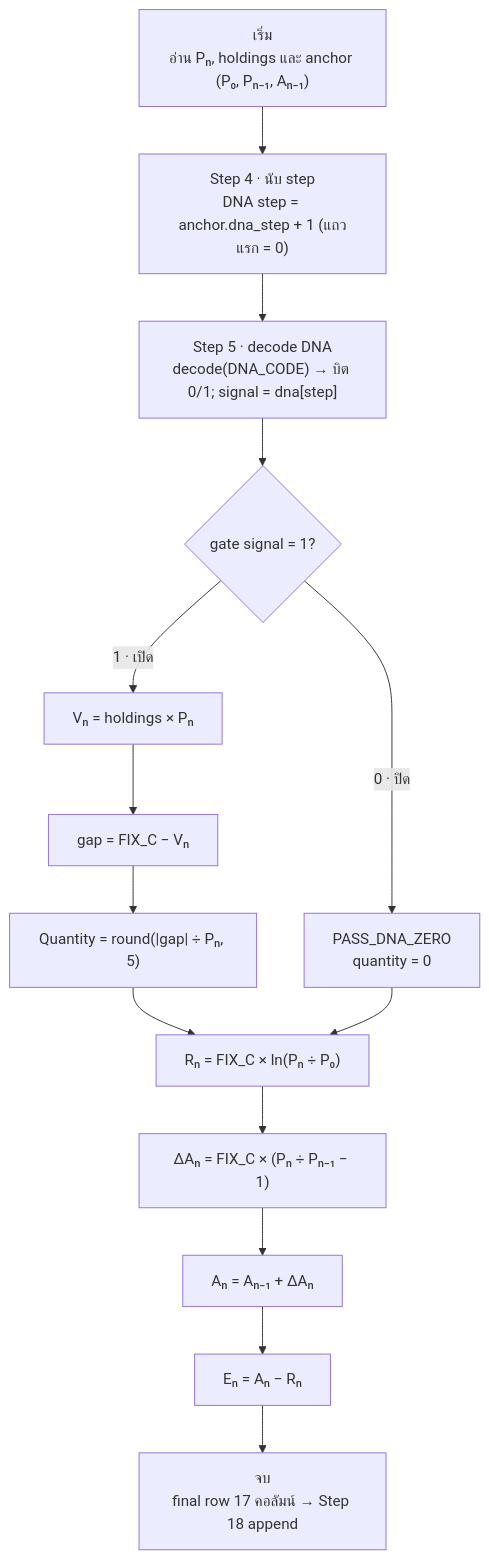
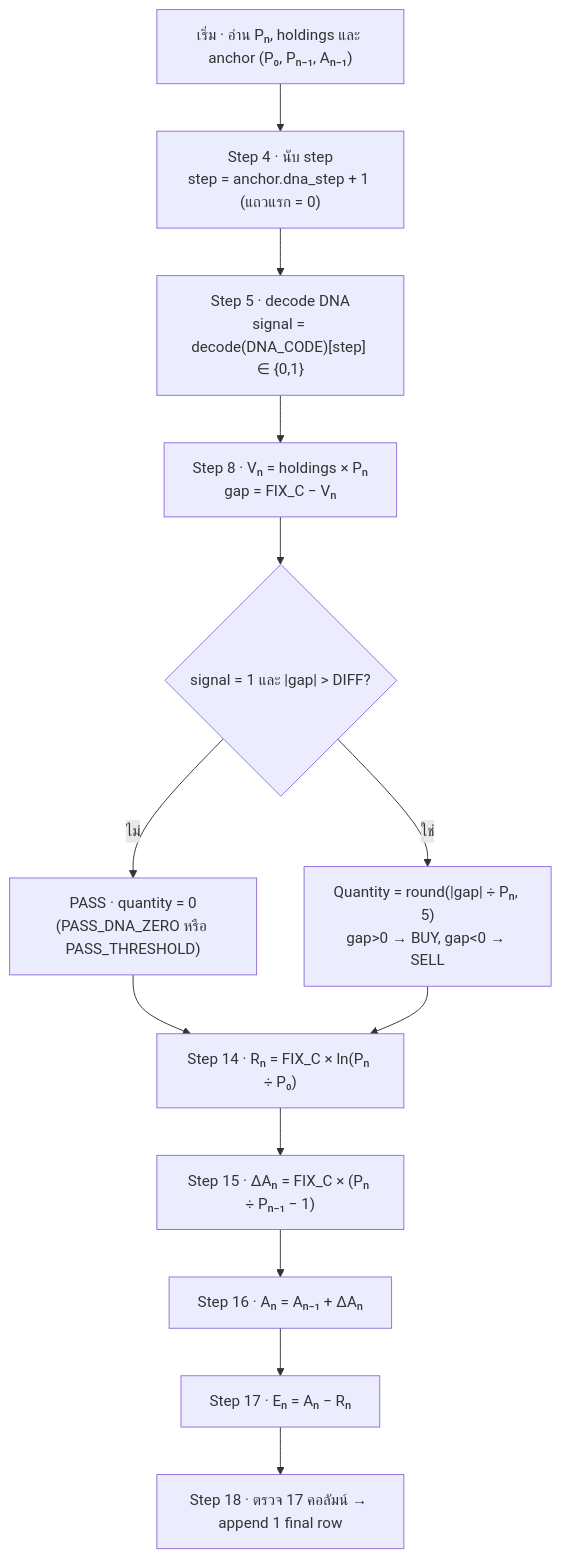
Before and after one commit to firstnattapon/leg-code: the first of 2 diagrams in .claude/skills/lego-equation-flowchart/SKILL.md, drawn with Mermaid. The commit also changed other lines of this file, not shown here.

````diff
--- a/.claude/skills/lego-equation-flowchart/SKILL.md
+++ b/.claude/skills/lego-equation-flowchart/SKILL.md
@@ -34,16 +105,15 @@
 ```mermaid
 flowchart TD
-    S["เริ่ม<br/>อ่าน Pₙ, holdings และ anchor (P₀, Pₙ₋₁, Aₙ₋₁)"] --> ST["Step 4 · นับ step<br/>DNA step = anchor.dna_step + 1 (แถวแรก = 0)"]
-    ST --> DE["Step 5 · decode DNA<br/>decode(DNA_CODE) → บิต 0/1; signal = dna[step]"]
-    DE --> GT{"gate signal = 1?"}
-    GT -- "0 · ปิด" --> PZ["PASS_DNA_ZERO<br/>quantity = 0"]
-    GT -- "1 · เปิด" --> V["Vₙ = holdings × Pₙ"]
-    V --> G["gap = FIX_C − Vₙ"]
-    G --> Q["Quantity = round(|gap| ÷ Pₙ, 5)"]
-    Q --> R["Rₙ = FIX_C × ln(Pₙ ÷ P₀)"]
-    PZ --> R
-    R --> DA["ΔAₙ = FIX_C × (Pₙ ÷ Pₙ₋₁ − 1)"]
-    DA --> A["Aₙ = Aₙ₋₁ + ΔAₙ"]
-    A --> E["Eₙ = Aₙ − Rₙ"]
-    E --> F["จบ<br/>final row 17 คอลัมน์ → Step 18 append"]
+    S["เริ่ม · อ่าน Pₙ, holdings และ anchor (P₀, Pₙ₋₁, Aₙ₋₁)"] --> ST["Step 4 · นับ step<br/>step = anchor.dna_step + 1 (แถวแรก = 0)"]
+    ST --> DE["Step 5 · decode DNA<br/>signal = decode(DNA_CODE)[step] ∈ {0,1}"]
+    DE --> V["Step 8 · Vₙ = holdings × Pₙ<br/>gap = FIX_C − Vₙ"]
+    V --> GT{"signal = 1 และ |gap| > DIFF?"}
+    GT -- "ไม่" --> PASS["PASS · quantity = 0<br/>(PASS_DNA_ZERO หรือ PASS_THRESHOLD)"]
+    GT -- "ใช่" --> Q["Quantity = round(|gap| ÷ Pₙ, 5)<br/>gap>0 → BUY, gap<0 → SELL"]
+    PASS --> R["Step 14 · Rₙ = FIX_C × ln(Pₙ ÷ P₀)"]
+    Q --> R
+    R --> DA["Step 15 · ΔAₙ = FIX_C × (Pₙ ÷ Pₙ₋₁ − 1)"]
+    DA --> A["Step 16 · Aₙ = Aₙ₋₁ + ΔAₙ"]
+    A --> E["Step 17 · Eₙ = Aₙ − Rₙ"]
+    E --> F["Step 18 · ตรวจ 17 คอลัมน์ → append 1 final row"]
 ```
````
